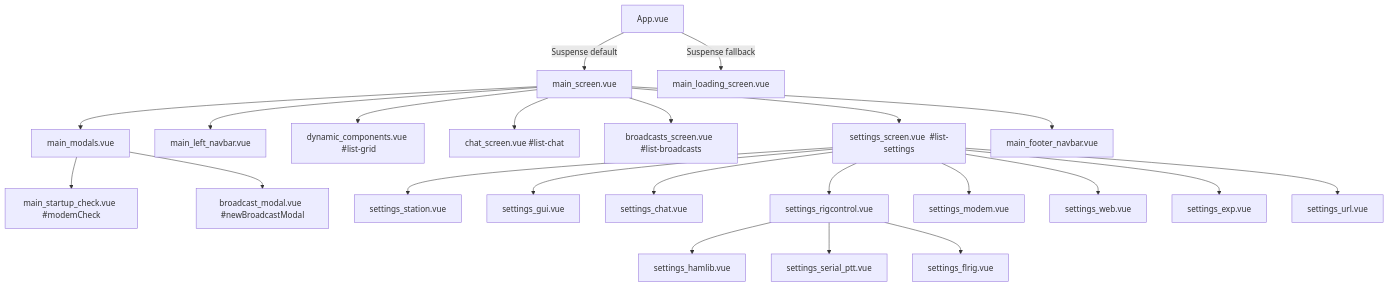
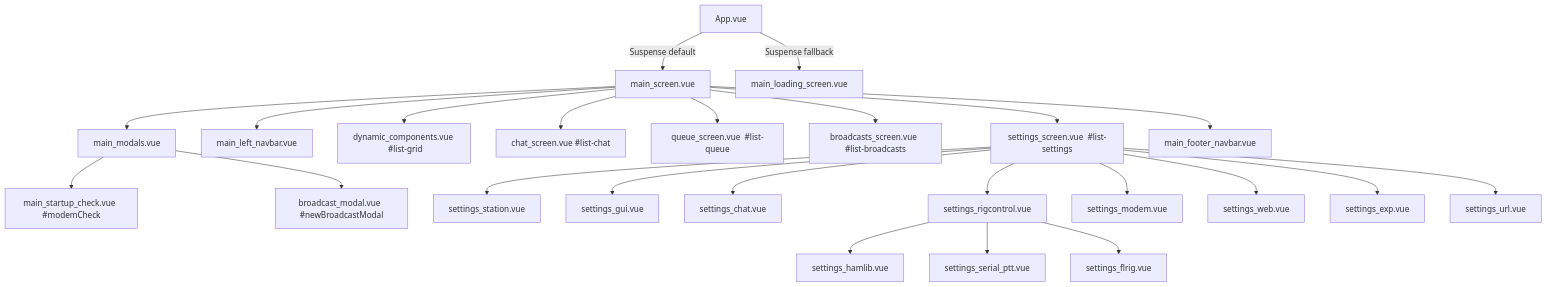
One commit to OH2JRB/FreeDATA changed the diagram in freedata_gui/docs/screens-and-settings.md. Above: the diagram before and after it, drawn with Mermaid. The commit also changed other lines of this file and 13 other files, not shown here.

````diff
--- a/freedata_gui/docs/screens-and-settings.md
+++ b/freedata_gui/docs/screens-and-settings.md
@@ -46,25 +47,26 @@
 ```mermaid
 graph TD
   App[App.vue] -->|Suspense default| Main[main_screen.vue]
   App -->|Suspense fallback| Loading[main_loading_screen.vue]
   Main --> Modals[main_modals.vue]
   Modals --> Startup[main_startup_check.vue  #modemCheck]
   Modals --> BModal[broadcast_modal.vue  #newBroadcastModal]
   Main --> Left[main_left_navbar.vue]
   Main --> Grid[dynamic_components.vue  #list-grid]
   Main --> Chat[chat_screen.vue  #list-chat]
+  Main --> Queue[queue_screen.vue  #list-queue]
   Main --> Bc[broadcasts_screen.vue  #list-broadcasts]
   Main --> Set[settings_screen.vue  #list-settings]
   Main --> Foot[main_footer_navbar.vue]
   Set --> S1[settings_station.vue]
   Set --> S2[settings_gui.vue]
   Set --> S3[settings_chat.vue]
   Set --> S4[settings_rigcontrol.vue]
   S4 --> S41[settings_hamlib.vue]
   S4 --> S42[settings_serial_ptt.vue]
   S4 --> S43[settings_flrig.vue]
   Set --> S5[settings_modem.vue]
   Set --> S6[settings_web.vue]
   Set --> S7[settings_exp.vue]
   Set --> S8[settings_url.vue]
 ```
````
